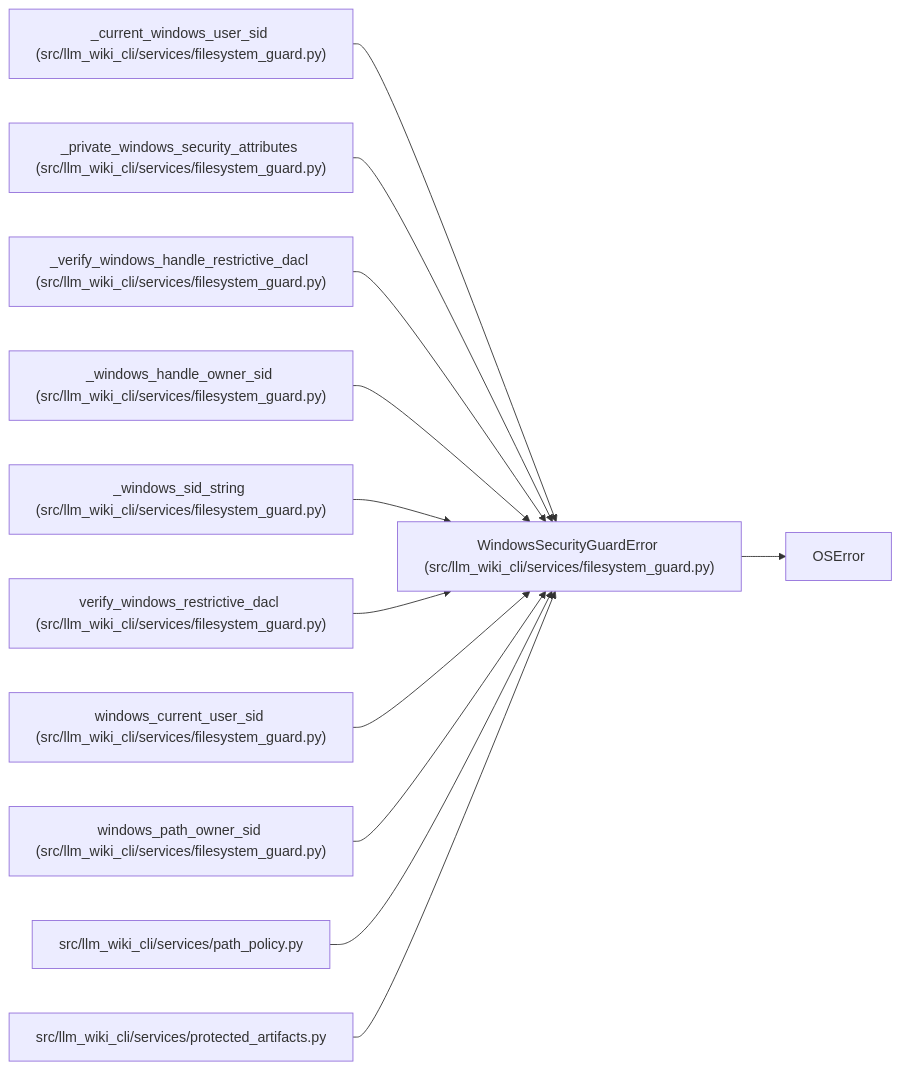
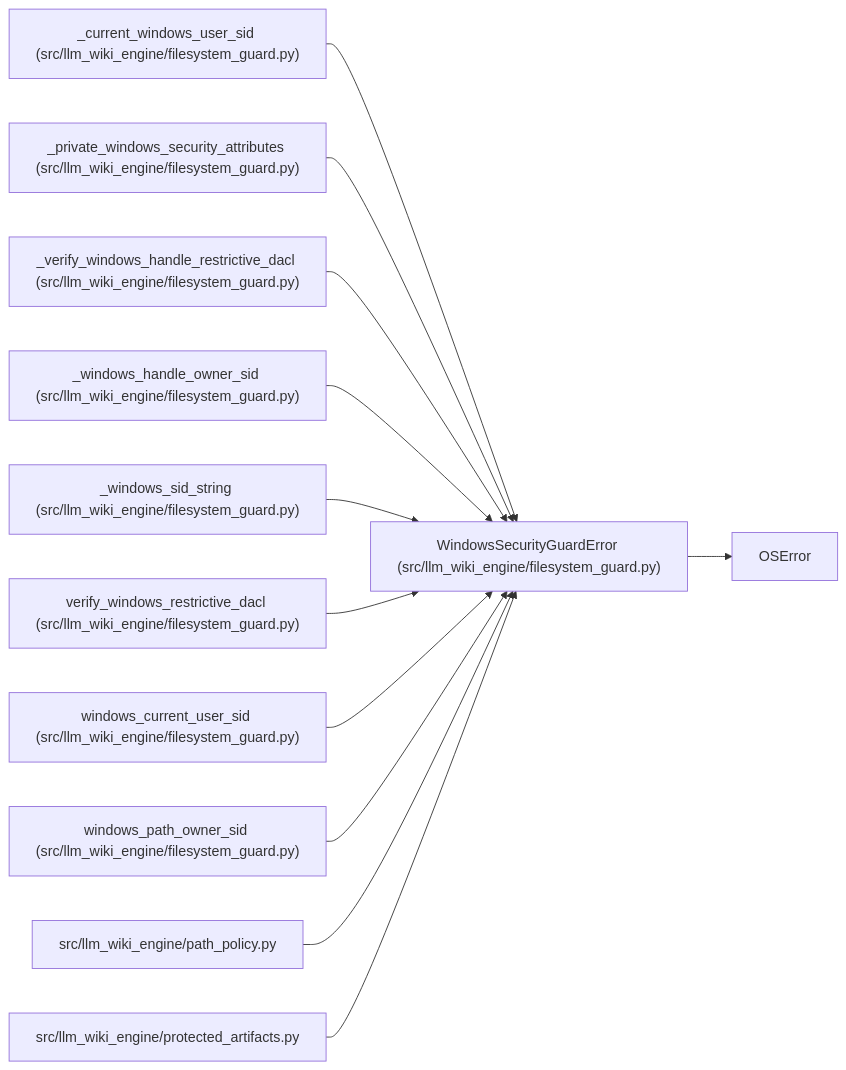
Before and after one commit to Denissvgn/python-wiki-llm: the diagram in docs/llm_wiki/entities/WindowsSecurityGuardError.md, drawn with Mermaid. The commit also changed other lines of this file and 739 other files, not shown here.

First line of the commit message:
docs: refresh the wiki for the second engine batch

````diff
--- a/docs/llm_wiki/entities/WindowsSecurityGuardError.md
+++ b/docs/llm_wiki/entities/WindowsSecurityGuardError.md
@@ -23,37 +23,37 @@
 ```mermaid
 flowchart LR
-    n0["WindowsSecurityGuardError (src/llm_wiki_cli/services/filesystem_guard.py)"]
+    n0["WindowsSecurityGuardError (src/llm_wiki_engine/filesystem_guard.py)"]
     n1["OSError"]
-    n2["_current_windows_user_sid (src/llm_wiki_cli/services/filesystem_guard.py)"]
-    n3["_private_windows_security_attributes (src/llm_wiki_cli/services/filesystem_guard.py)"]
-    n4["_verify_windows_handle_restrictive_dacl (src/llm_wiki_cli/services/filesystem_guard.py)"]
-    n5["_windows_handle_owner_sid (src/llm_wiki_cli/services/filesystem_guard.py)"]
-    n6["_windows_sid_string (src/llm_wiki_cli/services/filesystem_guard.py)"]
-    n7["verify_windows_restrictive_dacl (src/llm_wiki_cli/services/filesystem_guard.py)"]
-    n8["windows_current_user_sid (src/llm_wiki_cli/services/filesystem_guard.py)"]
-    n9["windows_path_owner_sid (src/llm_wiki_cli/services/filesystem_guard.py)"]
-    n10["src/llm_wiki_cli/services/path_policy.py"]
-    n11["src/llm_wiki_cli/services/protected_artifacts.py"]
+    n2["_current_windows_user_sid (src/llm_wiki_engine/filesystem_guard.py)"]
+    n3["_private_windows_security_attributes (src/llm_wiki_engine/filesystem_guard.py)"]
+    n4["_verify_windows_handle_restrictive_dacl (src/llm_wiki_engine/filesystem_guard.py)"]
+    n5["_windows_handle_owner_sid (src/llm_wiki_engine/filesystem_guard.py)"]
+    n6["_windows_sid_string (src/llm_wiki_engine/filesystem_guard.py)"]
+    n7["verify_windows_restrictive_dacl (src/llm_wiki_engine/filesystem_guard.py)"]
+    n8["windows_current_user_sid (src/llm_wiki_engine/filesystem_guard.py)"]
+    n9["windows_path_owner_sid (src/llm_wiki_engine/filesystem_guard.py)"]
+    n10["src/llm_wiki_engine/path_policy.py"]
+    n11["src/llm_wiki_engine/protected_artifacts.py"]
     n0 --> n1
     n2 --> n0
     n3 --> n0
     n4 --> n0
     n5 --> n0
     n6 --> n0
     n7 --> n0
     n8 --> n0
     n9 --> n0
     n10 --> n0
     n11 --> n0
     click n0 "../modules/filesystem_guard.md"
     click n2 "../modules/filesystem_guard.md"
     click n3 "../modules/filesystem_guard.md"
     click n4 "../modules/filesystem_guard.md"
     click n5 "../modules/filesystem_guard.md"
     click n6 "../modules/filesystem_guard.md"
     click n7 "../modules/filesystem_guard.md"
     click n8 "../modules/filesystem_guard.md"
     click n9 "../modules/filesystem_guard.md"
     click n10 "../modules/path_policy.md"
     click n11 "../modules/protected_artifacts.md"
 ```
````
